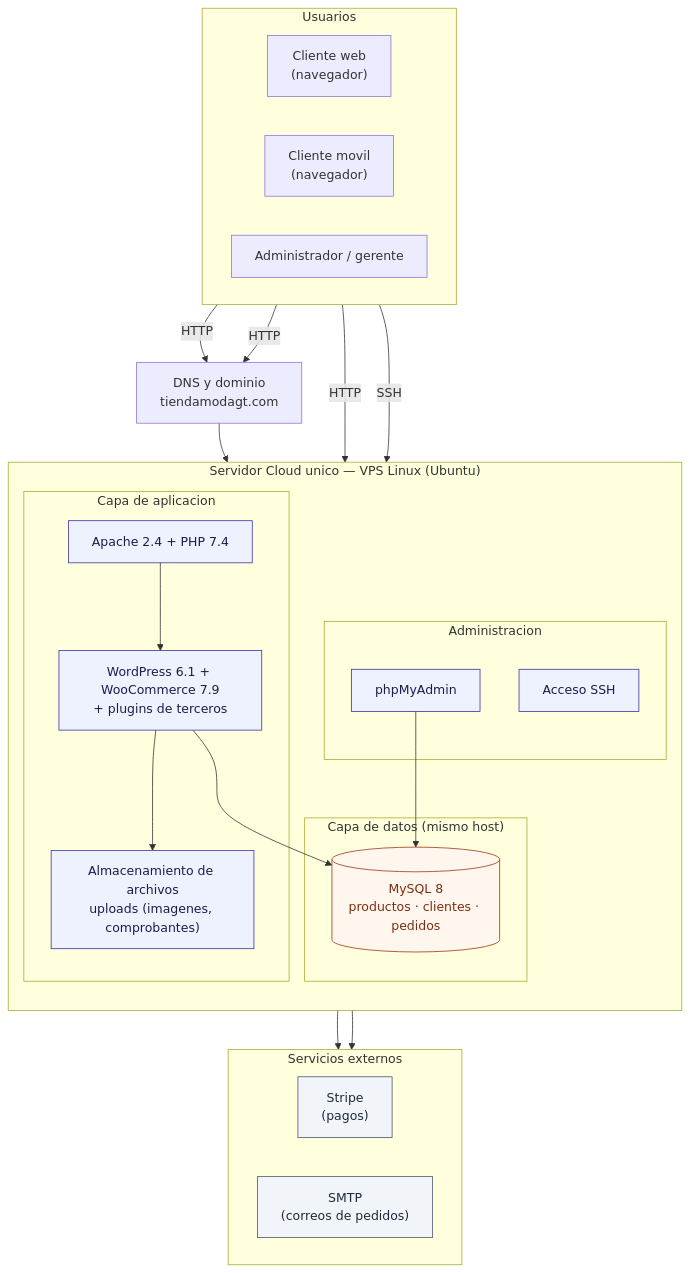
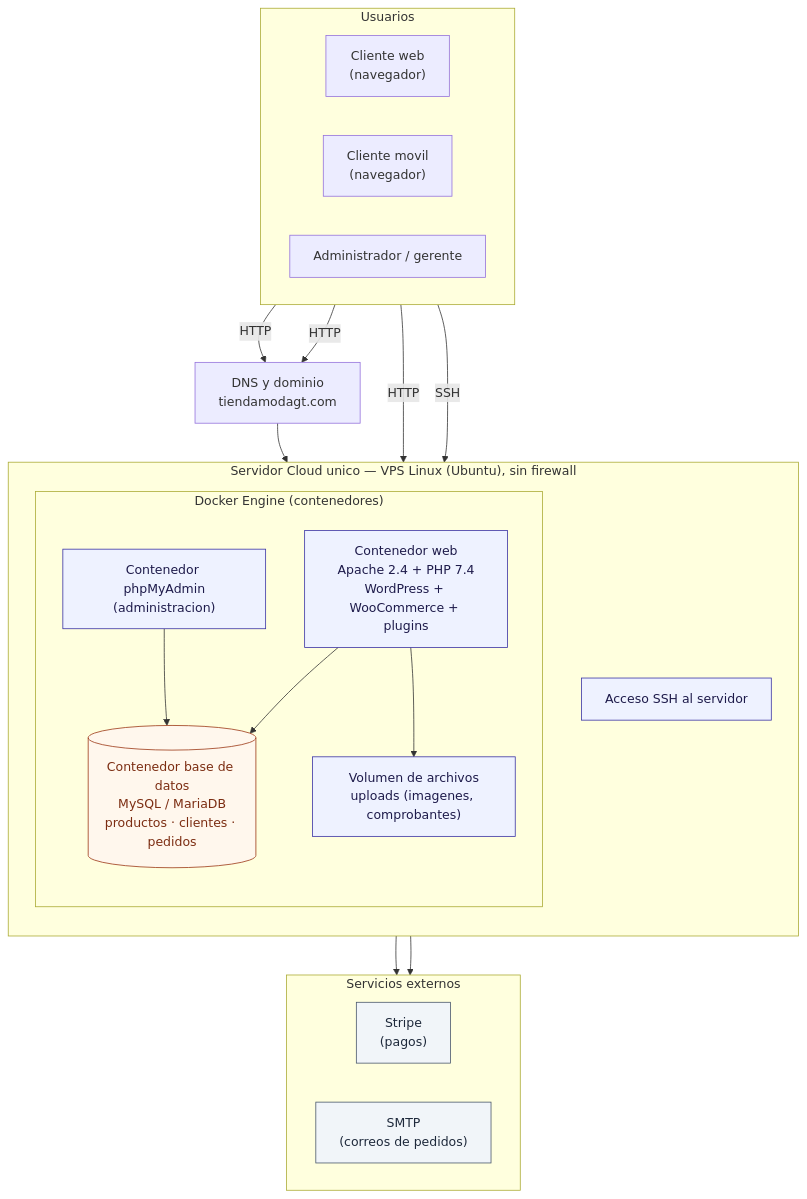
Before and after one commit to JavierNavas/tienda-moda-gt: the first of 2 diagrams in ARQUITECTURA.md, drawn with Mermaid. The commit also changed other lines of this file and 1 other file, not shown here.

Commit message:
Muestra los contenedores Docker en el diagrama de produccion, alineado con la Opcion B del enunciado

````diff
--- a/ARQUITECTURA.md
+++ b/ARQUITECTURA.md
@@ -40,52 +40,47 @@
 ```mermaid
 flowchart TB
     subgraph USUARIOS["Usuarios"]
         direction LR
         WEB["Cliente web<br/>(navegador)"]
         MOV["Cliente movil<br/>(navegador)"]
         OPS["Administrador / gerente"]
     end
 
     DNS["DNS y dominio<br/>tiendamodagt.com"]
 
-    subgraph HOST["Servidor Cloud unico — VPS Linux (Ubuntu)"]
+    subgraph HOST["Servidor Cloud unico — VPS Linux (Ubuntu), sin firewall"]
         direction TB
-        subgraph APPL["Capa de aplicacion"]
-            APA["Apache 2.4 + PHP 7.4"]
-            WP["WordPress 6.1 + WooCommerce 7.9<br/>+ plugins de terceros"]
-            MEDIA["Almacenamiento de archivos<br/>uploads (imagenes, comprobantes)"]
+        subgraph DOCKER["Docker Engine (contenedores)"]
+            direction TB
+            WPC["Contenedor web<br/>Apache 2.4 + PHP 7.4<br/>WordPress + WooCommerce + plugins"]
+            DB[("Contenedor base de datos<br/>MySQL / MariaDB<br/>productos · clientes · pedidos")]
+            PMA["Contenedor phpMyAdmin<br/>(administracion)"]
+            MEDIA["Volumen de archivos<br/>uploads (imagenes, comprobantes)"]
         end
-        subgraph DATA["Capa de datos (mismo host)"]
-            DB[("MySQL 8<br/>productos · clientes · pedidos")]
-        end
-        subgraph MGMT["Administracion"]
-            PMA["phpMyAdmin"]
-            SSH["Acceso SSH"]
-        end
+        SSH["Acceso SSH al servidor"]
     end
 
     subgraph EXT["Servicios externos"]
         direction LR
         PAY["Stripe<br/>(pagos)"]
         MAIL["SMTP<br/>(correos de pedidos)"]
     end
 
     WEB -->|"HTTP"| DNS
     MOV -->|"HTTP"| DNS
-    DNS --> APA
-    APA --> WP
-    WP --> DB
-    WP --> MEDIA
-    WP --> PAY
-    WP --> MAIL
+    DNS --> WPC
+    WPC --> DB
+    WPC --> MEDIA
+    WPC --> PAY
+    WPC --> MAIL
     OPS -->|"HTTP"| PMA
     PMA --> DB
     OPS -->|"SSH"| SSH
 
     classDef app fill:#eef2ff,stroke:#3730a3,color:#1e1b4b;
     classDef db fill:#fff7ed,stroke:#9a3412,color:#7c2d12;
     classDef ext fill:#f1f5f9,stroke:#475569,color:#1e293b;
-    class APA,WP,MEDIA,PMA,SSH app;
+    class WPC,PMA,MEDIA,SSH app;
     class DB db;
     class PAY,MAIL ext;
 ```
````
